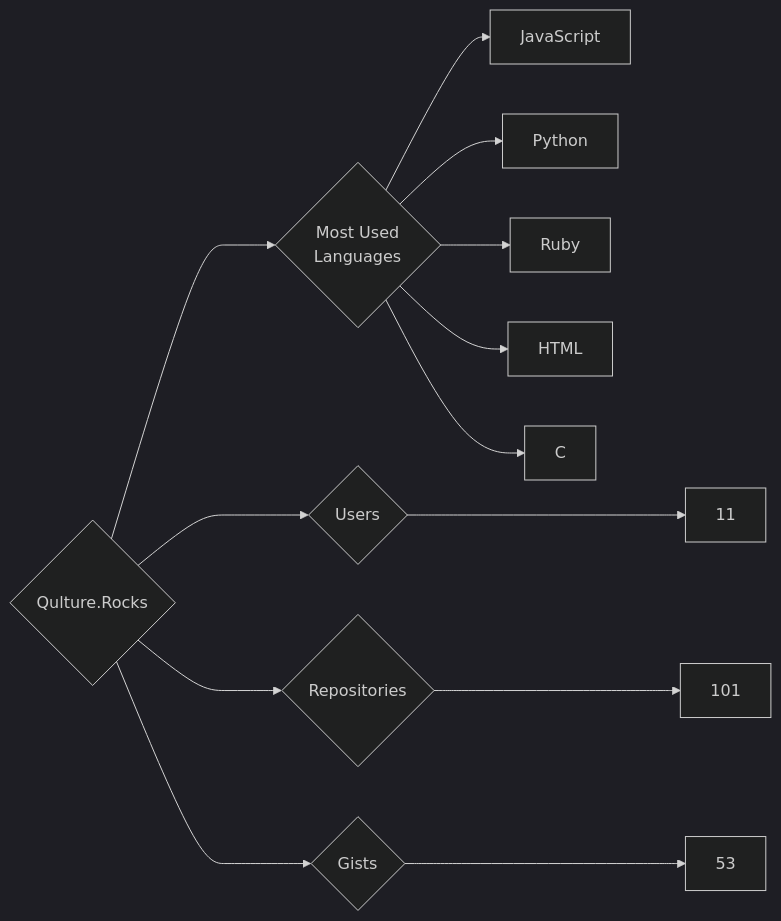
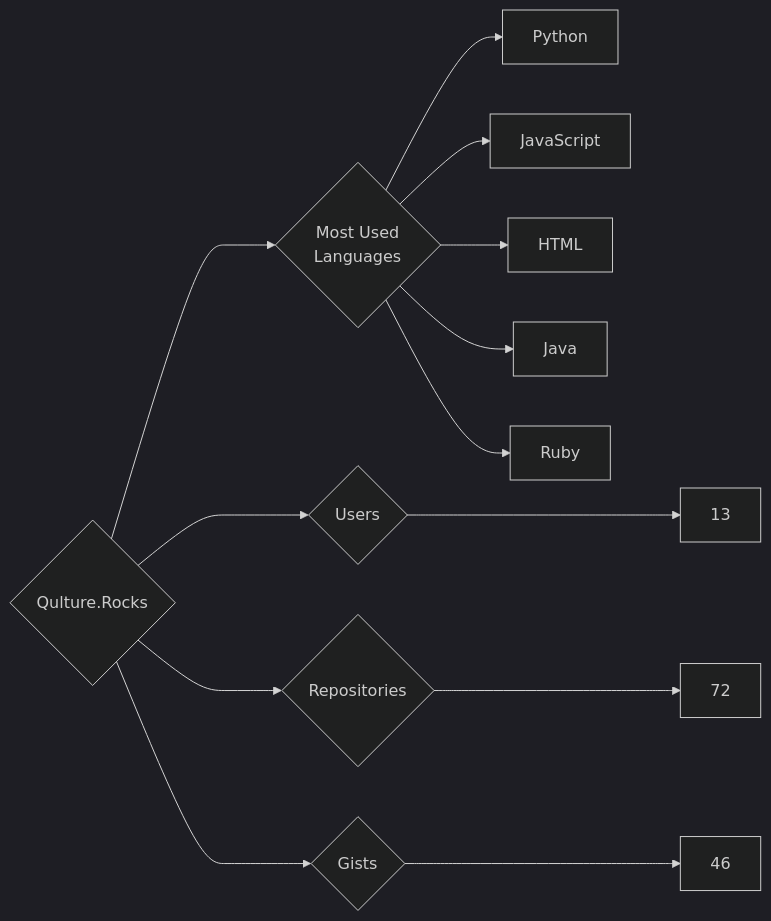
Before and after one commit to trickest/insiders: the diagram in targets/Qulture.Rocks/README.md, drawn with Mermaid (dark theme). The commit also changed 597 other files, not shown here.

````diff
--- a/targets/Qulture.Rocks/README.md
+++ b/targets/Qulture.Rocks/README.md
@@ -3,13 +3,13 @@
 ```mermaid
 graph LR
 COMPANY_NAME{Qulture.Rocks}
-COMPANY_NAME ---> U{Users} ---> UN[11]
-COMPANY_NAME ---> R{Repositories} ---> RN[101]
-COMPANY_NAME ---> G{Gists} ---> GN[53]
+COMPANY_NAME ---> U{Users} ---> UN[13]
+COMPANY_NAME ---> R{Repositories} ---> RN[72]
+COMPANY_NAME ---> G{Gists} ---> GN[46]
 COMPANY_NAME ---> ML{Most Used<br>Languages}
+ML --> Python[Python]
 ML --> JavaScript[JavaScript]
-ML --> Python[Python]
+ML --> HTML[HTML]
+ML --> Java[Java]
 ML --> Ruby[Ruby]
-ML --> HTML[HTML]
-ML --> C[C]
 ```
````
